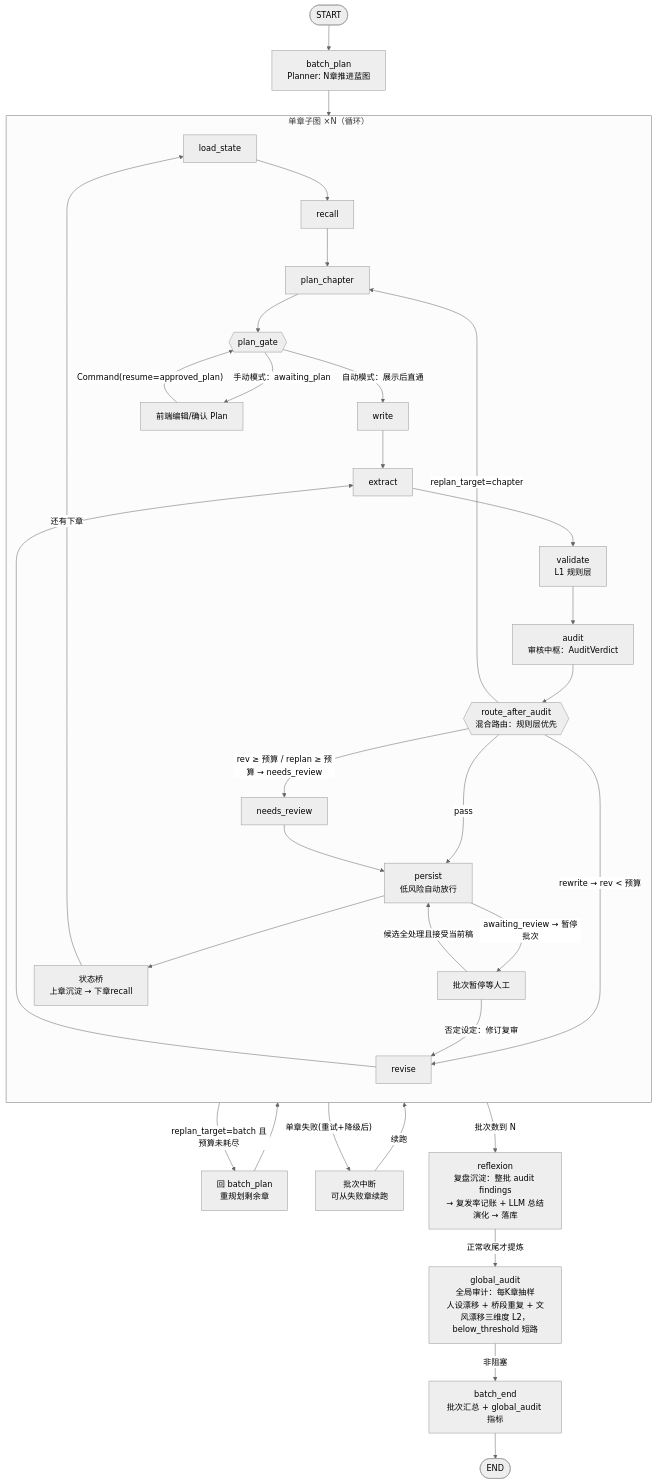
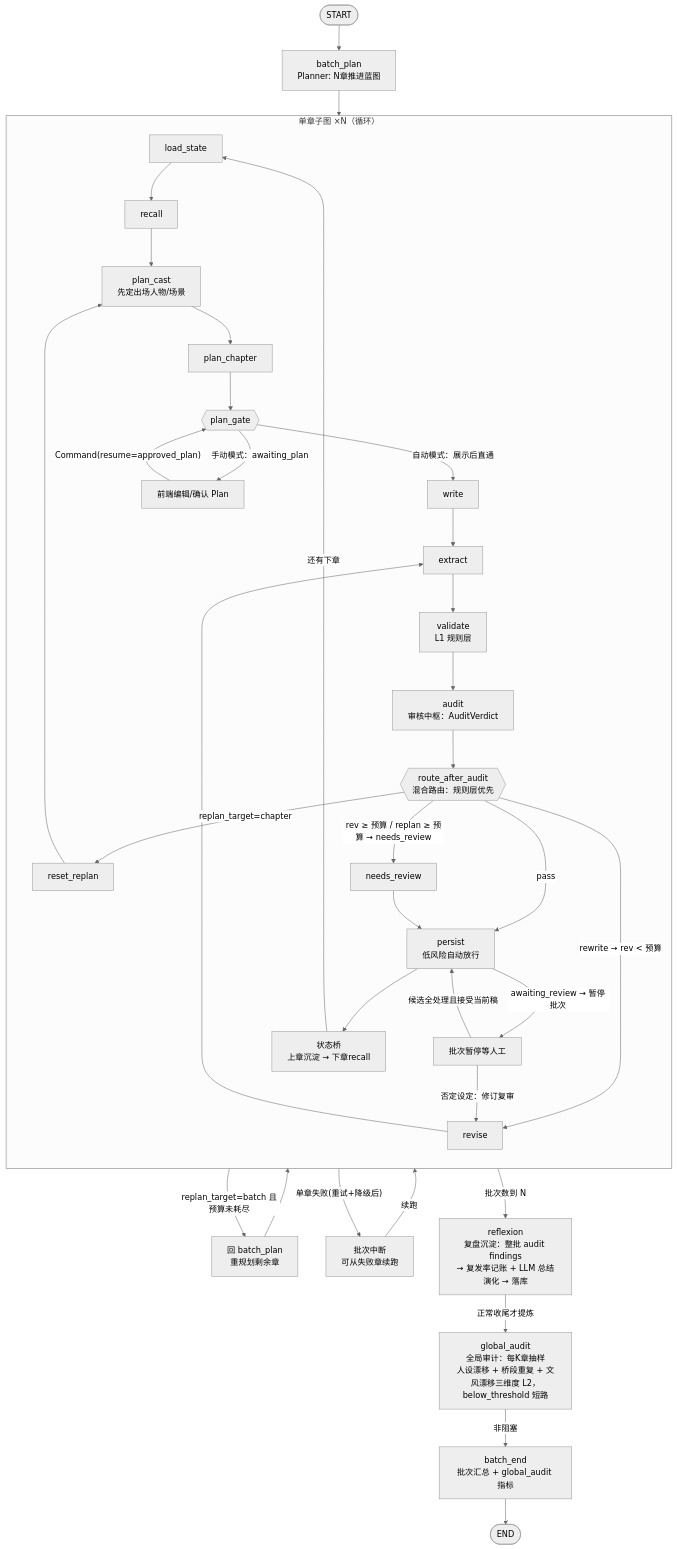
Before and after one commit to frostloom/Myink: the diagram in spec/state-flow.md, drawn with Mermaid (neutral theme). The commit also changed other lines of this file and 4 other files, not shown here.

````diff
--- a/spec/state-flow.md
+++ b/spec/state-flow.md
@@ -11,38 +11,39 @@
 ```mermaid
 flowchart TD
     START([START]) --> BP[batch_plan<br/>Planner: N章推进蓝图]
     BP --> LS[load_state]
 
     subgraph CHAP["单章子图 ×N（循环）"]
         direction TB
         LS --> RC[recall]
-        RC --> PC[plan_chapter]
+        RC --> CAST[plan_cast<br/>先定出场人物/场景]
+        CAST --> PC[plan_chapter]
         PC --> PG{{plan_gate}}
         PG -- "自动模式：展示后直通" --> W[write]
         PG -- "手动模式：awaiting_plan" --> HUMANPLAN[前端编辑/确认 Plan]
         HUMANPLAN -- "Command(resume=approved_plan)" --> PG
         W --> EX[extract]
         EX --> VA[validate<br/>L1 规则层]
         VA --> AU[audit<br/>审核中枢：AuditVerdict]
         AU --> RT{{route_after_audit<br/>混合路由：规则层优先}}
         RT -- "pass" --> PERSIST[persist<br/>低风险自动放行]
         RT -- "rewrite → rev < 预算" --> RV[revise] --> EX
-        RT -- "replan_target=chapter" --> PC
+        RT -- "replan_target=chapter" --> RS[reset_replan] --> CAST
         RT -- "rev ≥ 预算 / replan ≥ 预算 → needs_review" --> NR[needs_review]
         NR --> PERSIST
         PERSIST -- "awaiting_review → 暂停批次" --> PAUSE[批次暂停等人工]
         PERSIST --> BRIDGE[状态桥<br/>上章沉淀 → 下章recall]
     end
 
     BRIDGE -- "还有下章" --> LS
     PAUSE -- "否定设定：修订复审" --> RV
     PAUSE -- "候选全处理且接受当前稿" --> PERSIST
     RT -- "replan_target=batch 且预算未耗尽" --> REBP[回 batch_plan<br/>重规划剩余章]
     REBP --> LS
     BRIDGE -- "单章失败(重试+降级后)" --> FAIL[批次中断<br/>可从失败章续跑]
     FAIL -- "续跑" --> LS
     BRIDGE -- "批次数到 N" --> RF[reflexion<br/>复盘沉淀：整批 audit findings<br/>→ 复发率记账 + LLM 总结演化 → 落库]
     RF -- "正常收尾才提炼" --> GA[global_audit<br/>全局审计：每K章抽样<br/>人设漂移 + 桥段重复 + 文风漂移三维度 L2，below_threshold 短路]
     GA -- "非阻塞" --> BE[batch_end<br/>批次汇总 + global_audit 指标]
     BE --> END([END])
 ```
````
